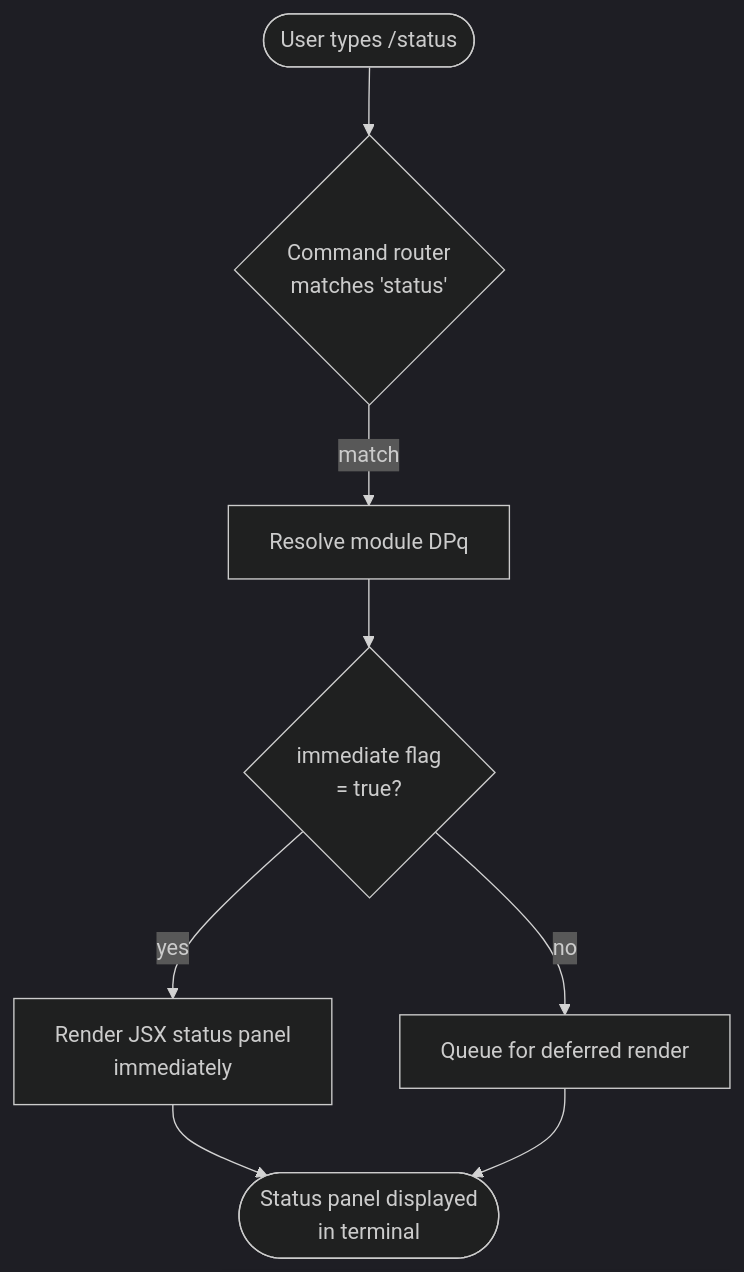
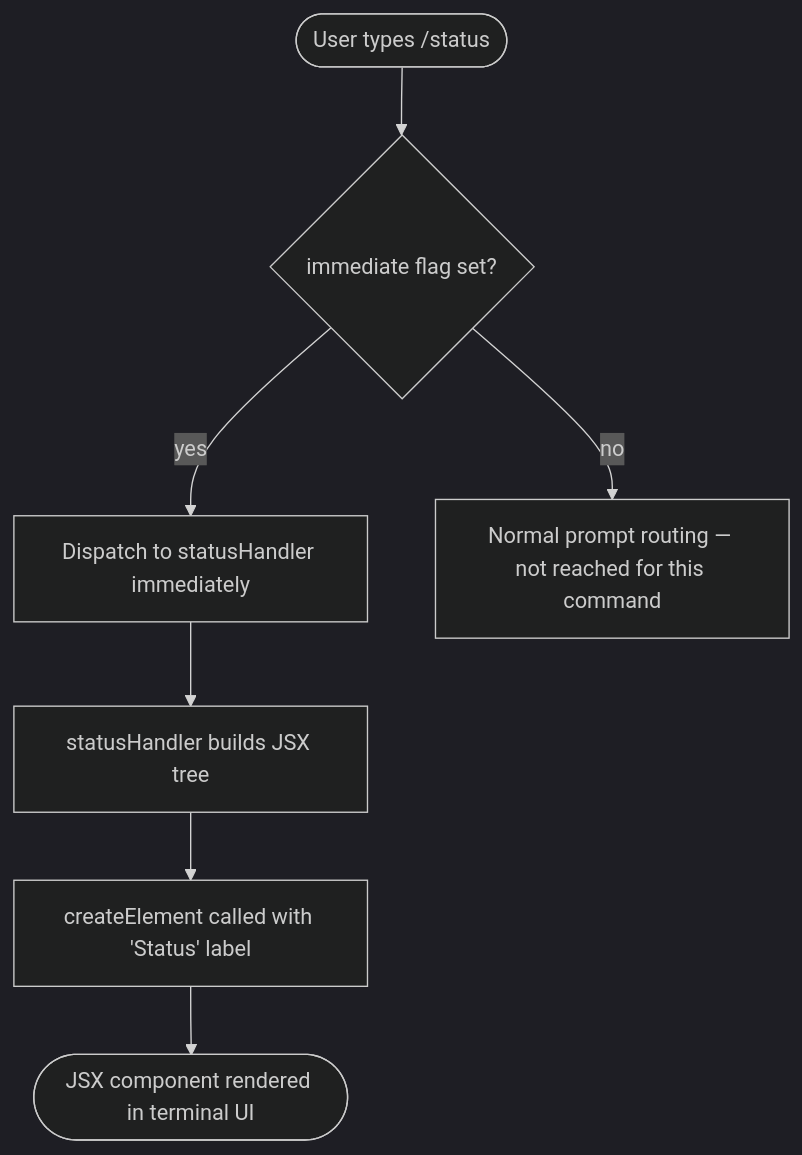
The diagram in versions/v2.1.144/status.md (MyLittleLuckyDog/cc-gnothi), drawn with Mermaid (dark theme) before and after one commit. The commit also changed other lines of this file and 483 other files, not shown here.

````diff
--- a/versions/v2.1.144/status.md
+++ b/versions/v2.1.144/status.md
@@ -46,10 +55,9 @@
 ```mermaid
 flowchart TD
-    A([User types /status]) --> B{Command router\nmatches 'status'}
-    B -- match --> C[Resolve module DPq]
-    C --> D{immediate flag\n= true?}
-    D -- yes --> E[Render JSX status panel\nimmediately]
-    D -- no --> F[Queue for deferred render]
-    E --> G([Status panel displayed\nin terminal])
-    F --> G
+    A([User types /status]) --> B{immediate flag set?}
+    B -- yes --> C[Dispatch to statusHandler immediately]
+    B -- no --> D[Normal prompt routing — not reached for this command]
+    C --> E[statusHandler builds JSX tree]
+    E --> F[createElement called with 'Status' label]
+    F --> G([JSX component rendered in terminal UI])
 ```
````
